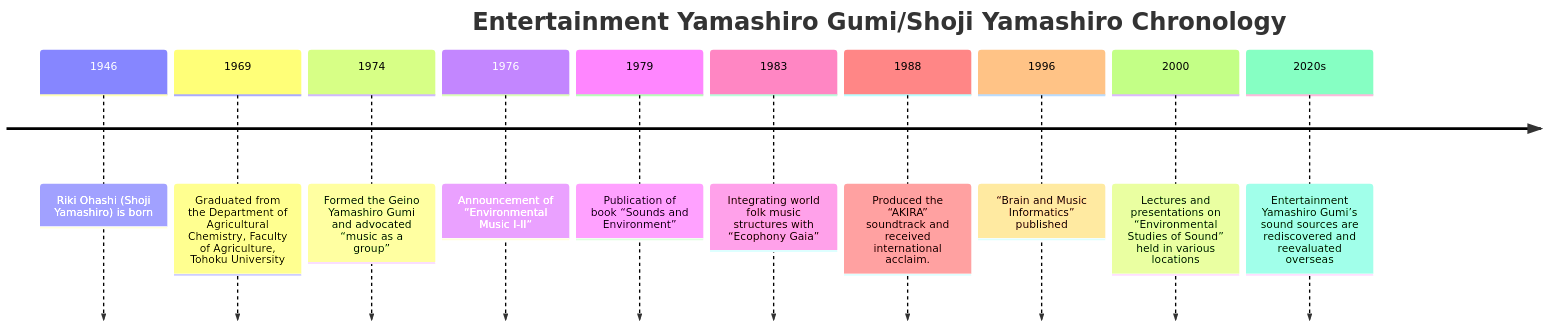
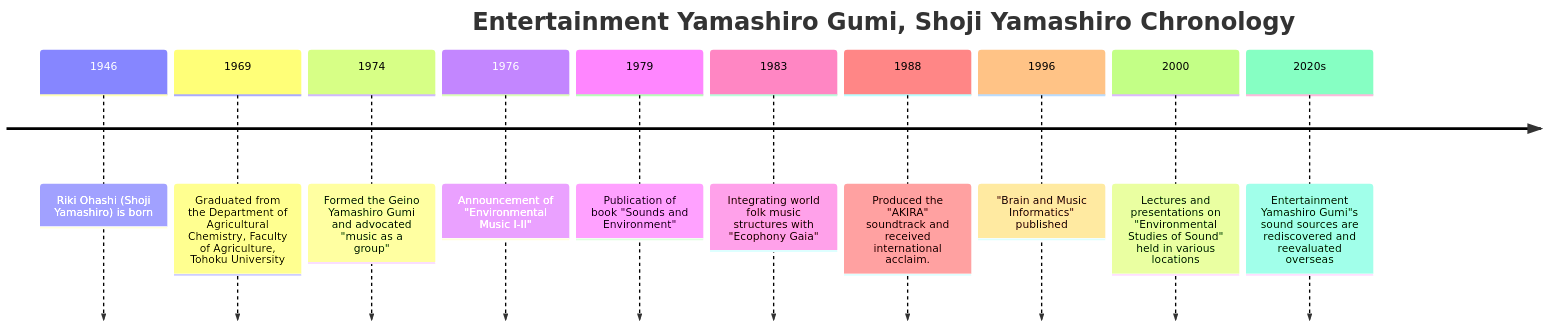
One commit to monumental-movement/monumental-movement.github.io changed the diagram in en/_posts/2025-11-01-column-yamashiro-shoji.md. Above: the diagram before and after it, drawn with Mermaid. The commit also changed other lines of this file and 1697 other files, not shown here.

```diff
--- a/en/_posts/2025-11-01-column-yamashiro-shoji.md
+++ b/en/_posts/2025-11-01-column-yamashiro-shoji.md
@@ -149,16 +151,16 @@
 <div class="mermaid">
 
 timeline
-title Entertainment Yamashiro Gumi/Shoji Yamashiro Chronology
+title Entertainment Yamashiro Gumi, Shoji Yamashiro Chronology
 1946 : Riki Ohashi (Shoji Yamashiro) is born
 1969: Graduated from the Department of Agricultural Chemistry, Faculty of Agriculture, Tohoku University
-1974: Formed the Geino Yamashiro Gumi and advocated “music as a group”
-1976: Announcement of “Environmental Music I-II”
-1979: Publication of book “Sounds and Environment”
-1983: Integrating world folk music structures with “Ecophony Gaia”
-1988: Produced the “AKIRA” soundtrack and received international acclaim.
-1996: “Brain and Music Informatics” published
-2000: Lectures and presentations on “Environmental Studies of Sound” held in various locations
-2020s: Entertainment Yamashiro Gumi’s sound sources are rediscovered and reevaluated overseas
+1974: Formed the Geino Yamashiro Gumi and advocated "music as a group"
+1976: Announcement of "Environmental Music I-II"
+1979: Publication of book "Sounds and Environment"
+1983: Integrating world folk music structures with "Ecophony Gaia"
+1988: Produced the "AKIRA" soundtrack and received international acclaim.
+1996: "Brain and Music Informatics" published
+2000: Lectures and presentations on "Environmental Studies of Sound" held in various locations
+2020s: Entertainment Yamashiro Gumi"s sound sources are rediscovered and reevaluated overseas
 
 </div>
```
